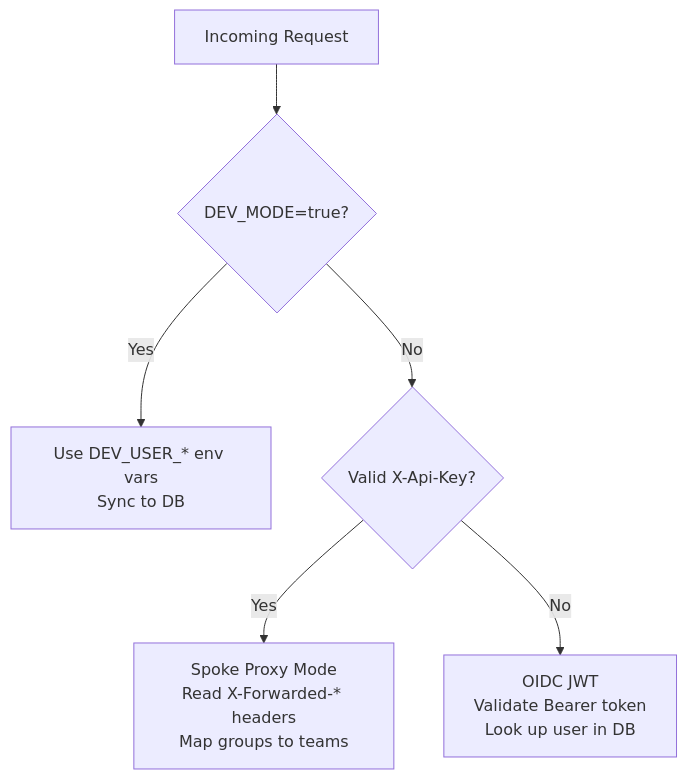
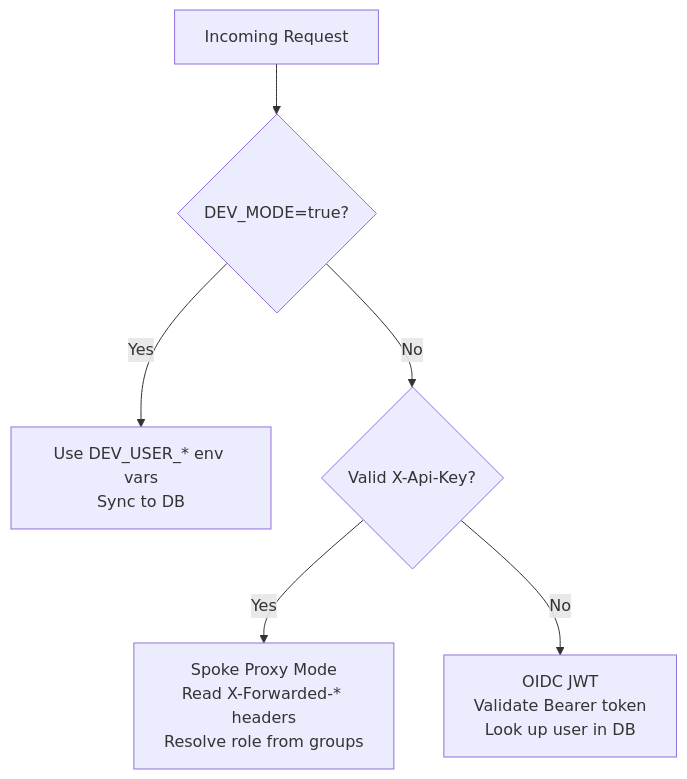
Before and after one commit to dadav/rhacs-manager: the third of 4 diagrams in docs/architecture.md, drawn with Mermaid. The commit also changed other lines of this file and 11 other files, not shown here.

````diff
--- a/docs/architecture.md
+++ b/docs/architecture.md
@@ -98,8 +100,8 @@
 ```mermaid
 flowchart TD
     REQ["Incoming Request"] --> DEV{"DEV_MODE=true?"}
     DEV -->|Yes| DEV_USER["Use DEV_USER_* env vars<br/>Sync to DB"]
     DEV -->|No| API_KEY{"Valid X-Api-Key?"}
-    API_KEY -->|Yes| SPOKE["Spoke Proxy Mode<br/>Read X-Forwarded-* headers<br/>Map groups to teams"]
+    API_KEY -->|Yes| SPOKE["Spoke Proxy Mode<br/>Read X-Forwarded-* headers<br/>Resolve role from groups"]
     API_KEY -->|No| OIDC["OIDC JWT<br/>Validate Bearer token<br/>Look up user in DB"]
 ```
````
